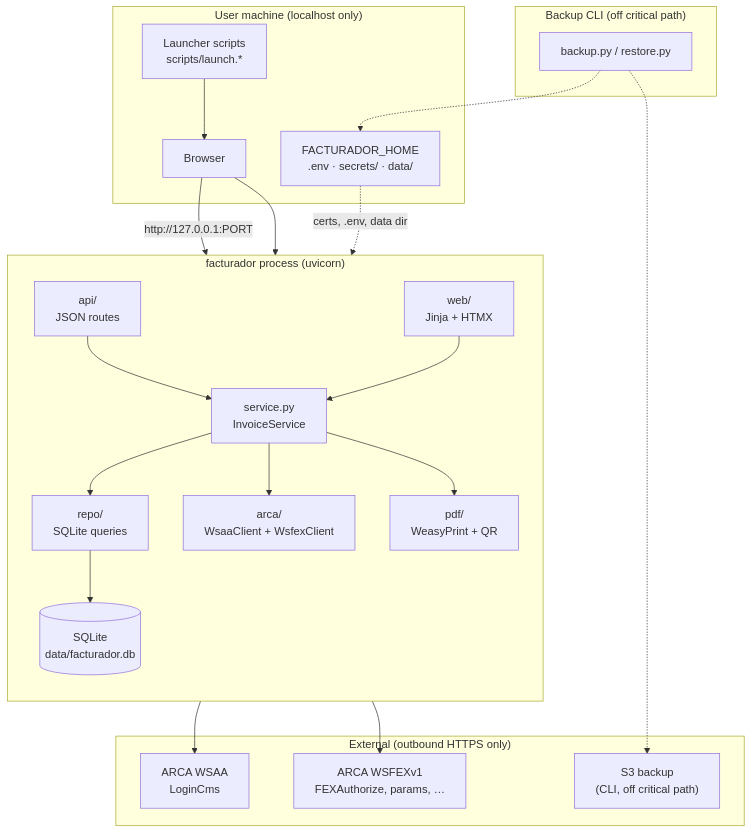
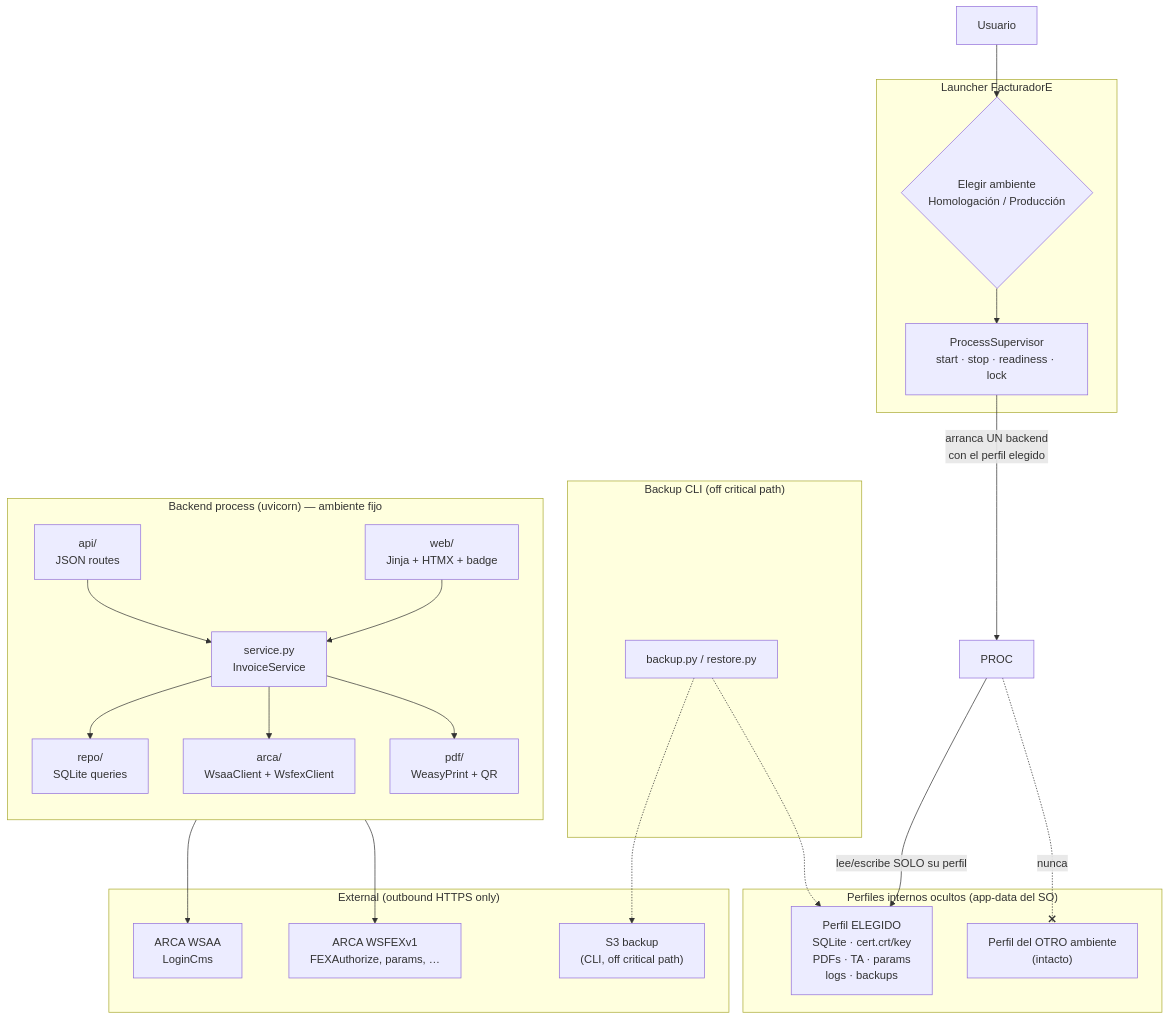
Before and after one commit to FacundoTripelhorn/facturadorE: the first of 7 diagrams in docs/agent/architecture-graphs.md, drawn with Mermaid. The commit also changed other lines of this file and 10 other files, not shown here.

````diff
--- a/docs/agent/architecture-graphs.md
+++ b/docs/agent/architecture-graphs.md
@@ -28,43 +25,48 @@
 ```mermaid
 flowchart TB
-  subgraph user["User machine (localhost only)"]
-    BROWSER["Browser"]
-    LAUNCHER["Launcher scripts<br/>scripts/launch.*"]
-    HOME["FACTURADOR_HOME<br/>.env · secrets/ · data/"]
+  USER["Usuario"] --> CHOICE
+
+  subgraph launcher["Launcher FacturadorE"]
+    CHOICE{"Elegir ambiente<br/>Homologación / Producción"}
+    SUP["ProcessSupervisor<br/>start · stop · readiness · lock"]
+    CHOICE --> SUP
   end
 
-  subgraph process["facturador process (uvicorn)"]
-  direction TB
+  SUP -->|"arranca UN backend<br/>con el perfil elegido"| PROC
+
+  subgraph proc["Backend process (uvicorn) — ambiente fijo"]
+    direction TB
     API["api/<br/>JSON routes"]
-    WEB["web/<br/>Jinja + HTMX"]
+    WEB["web/<br/>Jinja + HTMX + badge"]
     SVC["service.py<br/>InvoiceService"]
     REPO["repo/<br/>SQLite queries"]
     PDF["pdf/<br/>WeasyPrint + QR"]
     ARCA["arca/<br/>WsaaClient + WsfexClient"]
-    DB[("SQLite<br/>data/facturador.db")]
+  end
+
+  subgraph profiles["Perfiles internos ocultos (app-data del SO)"]
+    SEL["Perfil ELEGIDO<br/>SQLite · cert.crt/key<br/>PDFs · TA · params<br/>logs · backups"]
+    OTHER["Perfil del OTRO ambiente<br/>(intacto)"]
   end
 
   subgraph external["External (outbound HTTPS only)"]
     WSAA["ARCA WSAA<br/>LoginCms"]
     WSFEX["ARCA WSFEXv1<br/>FEXAuthorize, params, …"]
     S3["S3 backup<br/>(CLI, off critical path)"]
   end
 
-  BROWSER -->|"http://127.0.0.1:PORT"| API
-  BROWSER --> WEB
-  LAUNCHER --> BROWSER
+  PROC -->|"lee/escribe SOLO su perfil"| SEL
+  PROC -.-x|"nunca"| OTHER
   API --> SVC
   WEB --> SVC
   SVC --> REPO
   SVC --> ARCA
   SVC --> PDF
-  REPO --> DB
   ARCA --> WSAA
   ARCA --> WSFEX
-  HOME -.->|"certs, .env, data dir"| process
   subgraph backup_cli["Backup CLI (off critical path)"]
     BAK["backup.py / restore.py"]
   end
   BAK -.-> S3
-  BAK -.-> HOME
+  BAK -.-> SEL
 ```
````
